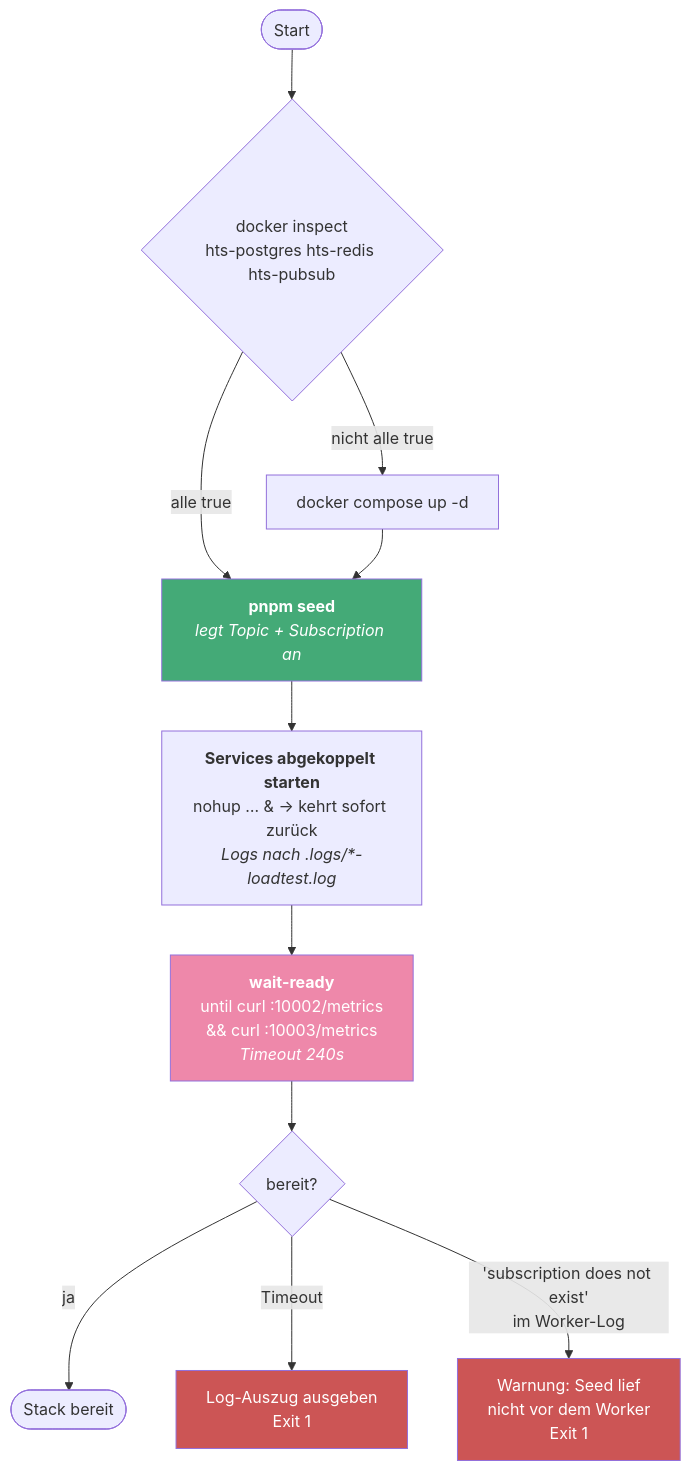
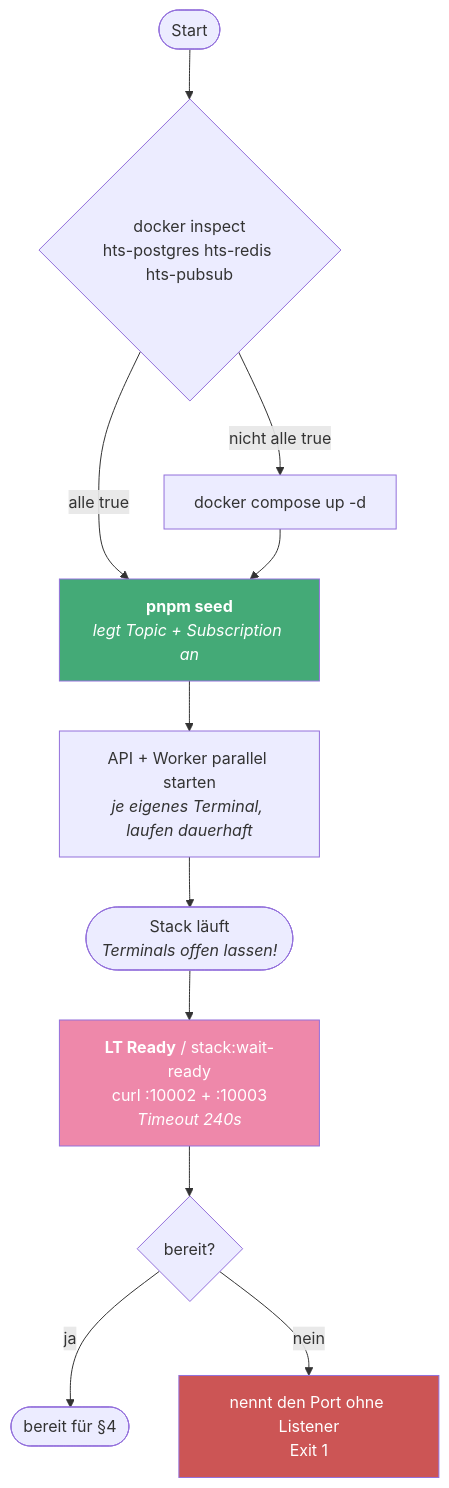
One commit to schuler-ph/high-frequency-ticket-system changed the third of 10 diagrams in RUNBOOK.md. Above: the diagram before and after it, drawn with Mermaid. The commit also changed other lines of this file and 6 other files, not shown here.

First line of the commit message:
fix(vscode,load-test): Services besitzen ihre Terminals; Preflight prueft sie

````diff
--- a/RUNBOOK.md
+++ b/RUNBOOK.md
@@ -73,18 +73,18 @@
 ```mermaid
 flowchart TD
     A([Start]) --> B{"docker inspect<br/>hts-postgres hts-redis hts-pubsub"}
     B -->|nicht alle true| C["docker compose up -d"]
     B -->|alle true| D
     C --> D["<b>pnpm seed</b><br/><i>legt Topic + Subscription an</i>"]
-    D --> E["<b>Services abgekoppelt starten</b><br/>nohup … &amp; → kehrt sofort zurück<br/><i>Logs nach .logs/*-loadtest.log</i>"]
-    E --> F["<b>wait-ready</b><br/>until curl :10002/metrics<br/>&amp;&amp; curl :10003/metrics<br/><i>Timeout 240s</i>"]
-    F --> G{bereit?}
-    G -->|ja| H(["Stack bereit"])
-    G -->|"Timeout"| I["Log-Auszug ausgeben<br/>Exit 1"]
-    G -->|"'subscription does not exist'<br/>im Worker-Log"| J["Warnung: Seed lief<br/>nicht vor dem Worker<br/>Exit 1"]
+    D --> E["API + Worker parallel starten<br/><i>je eigenes Terminal, laufen dauerhaft</i>"]
+    E --> F(["Stack läuft<br/><i>Terminals offen lassen!</i>"])
+
+    F --> G["<b>LT Ready</b> / stack:wait-ready<br/>curl :10002 + :10003<br/><i>Timeout 240s</i>"]
+    G --> H{bereit?}
+    H -->|ja| I(["bereit für §4"])
+    H -->|nein| J["nennt den Port ohne Listener<br/>Exit 1"]
 
     style D fill:#4a7,color:#fff
-    style F fill:#e8a,color:#fff
-    style I fill:#c55,color:#fff
+    style G fill:#e8a,color:#fff
     style J fill:#c55,color:#fff
 ```
````
